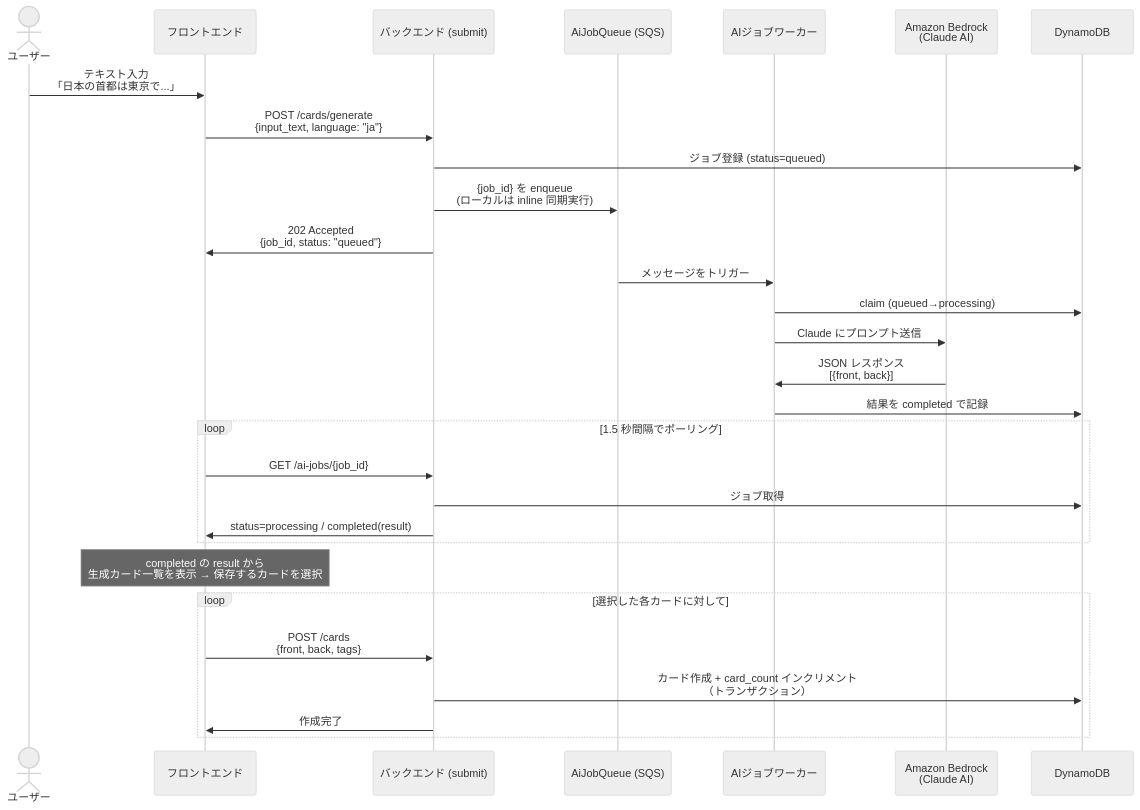
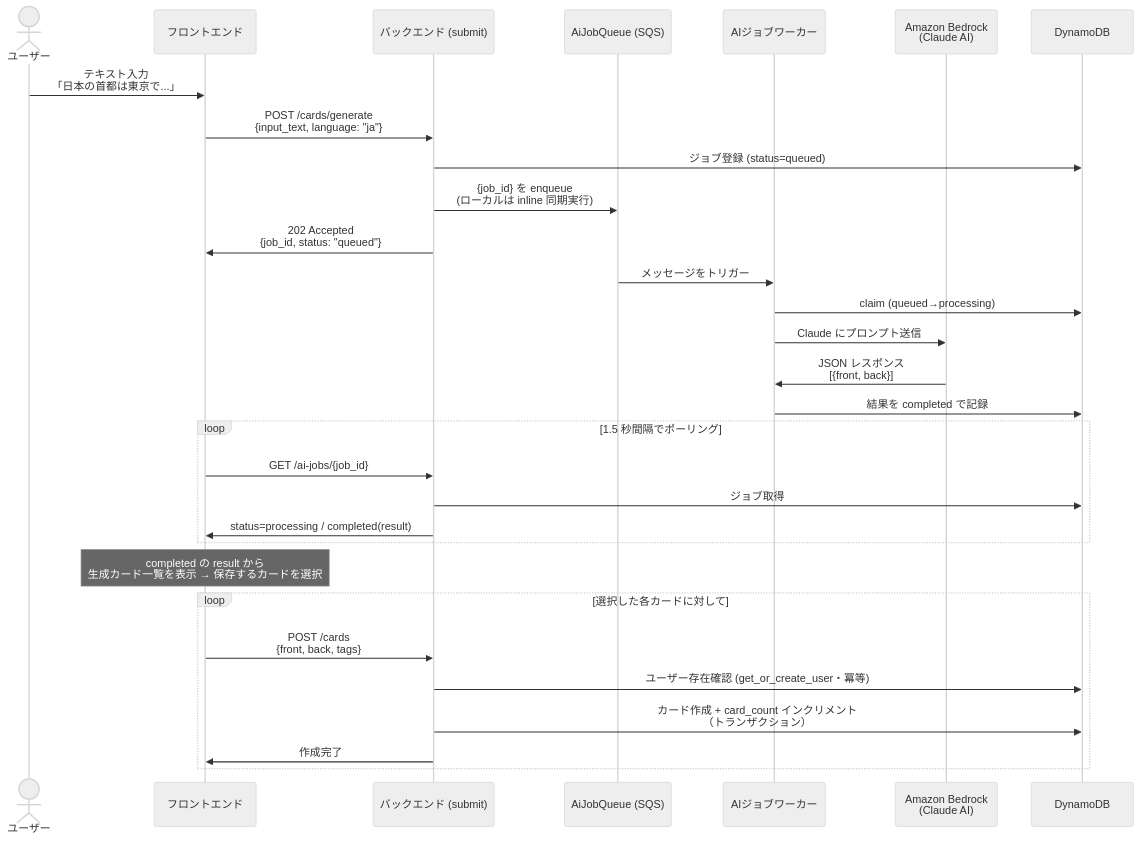
Before and after one commit to mozuq-lab/memoru-liff: the fifth of 11 diagrams in docs/system-overview.md, drawn with Mermaid (neutral theme). The commit also changed other lines of this file and 4 other files, not shown here.

````diff
--- a/docs/system-overview.md
+++ b/docs/system-overview.md
@@ -219,36 +219,37 @@
 ```mermaid
 sequenceDiagram
     actor User as ユーザー
     participant FE as フロントエンド
     participant API as バックエンド (submit)
     participant Queue as AiJobQueue (SQS)
     participant Worker as AIジョブワーカー
     participant Bedrock as Amazon Bedrock<br/>(Claude AI)
     participant DB as DynamoDB
 
     User->>FE: テキスト入力<br/>「日本の首都は東京で...」
     FE->>API: POST /cards/generate<br/>{input_text, language: "ja"}
     API->>DB: ジョブ登録 (status=queued)
     API->>Queue: {job_id} を enqueue<br/>(ローカルは inline 同期実行)
     API->>FE: 202 Accepted<br/>{job_id, status: "queued"}
 
     Queue->>Worker: メッセージをトリガー
     Worker->>DB: claim (queued→processing)
     Worker->>Bedrock: Claude にプロンプト送信
     Bedrock->>Worker: JSON レスポンス<br/>[{front, back}]
     Worker->>DB: 結果を completed で記録
 
     loop 1.5 秒間隔でポーリング
         FE->>API: GET /ai-jobs/{job_id}
         API->>DB: ジョブ取得
         API->>FE: status=processing / completed(result)
     end
 
     Note over FE: completed の result から<br/>生成カード一覧を表示 → 保存するカードを選択
 
     loop 選択した各カードに対して
         FE->>API: POST /cards<br/>{front, back, tags}
+        API->>DB: ユーザー存在確認 (get_or_create_user・冪等)
         API->>DB: カード作成 + card_count インクリメント<br/>（トランザクション）
         API->>FE: 作成完了
     end
 ```
````
